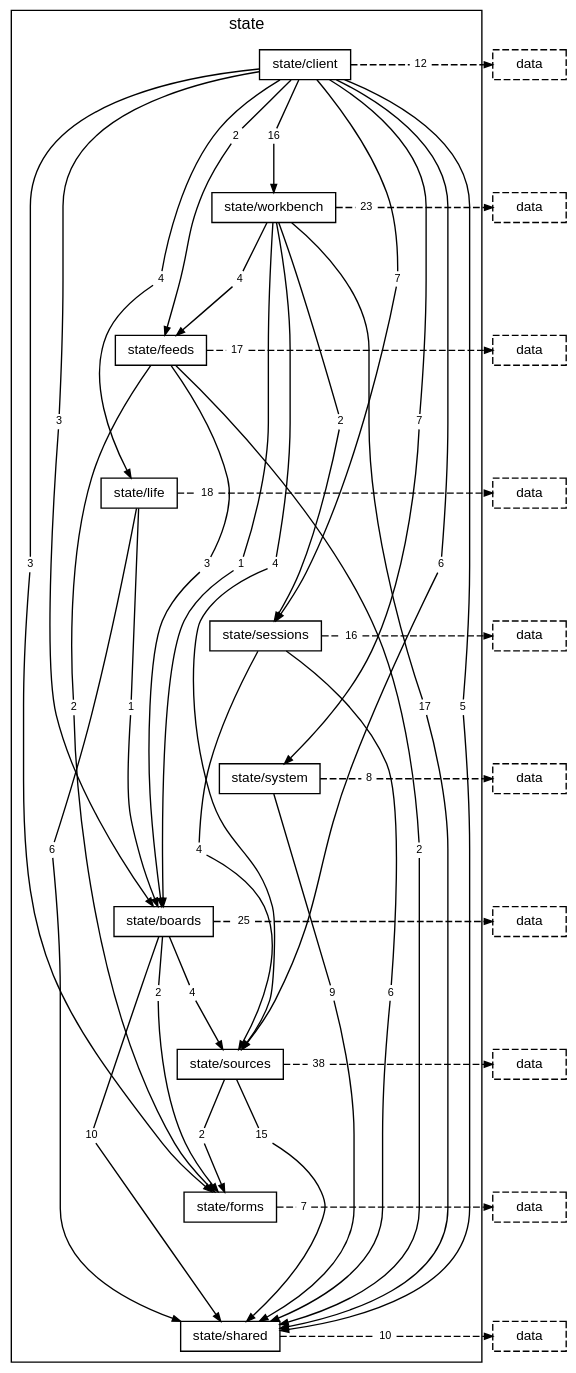
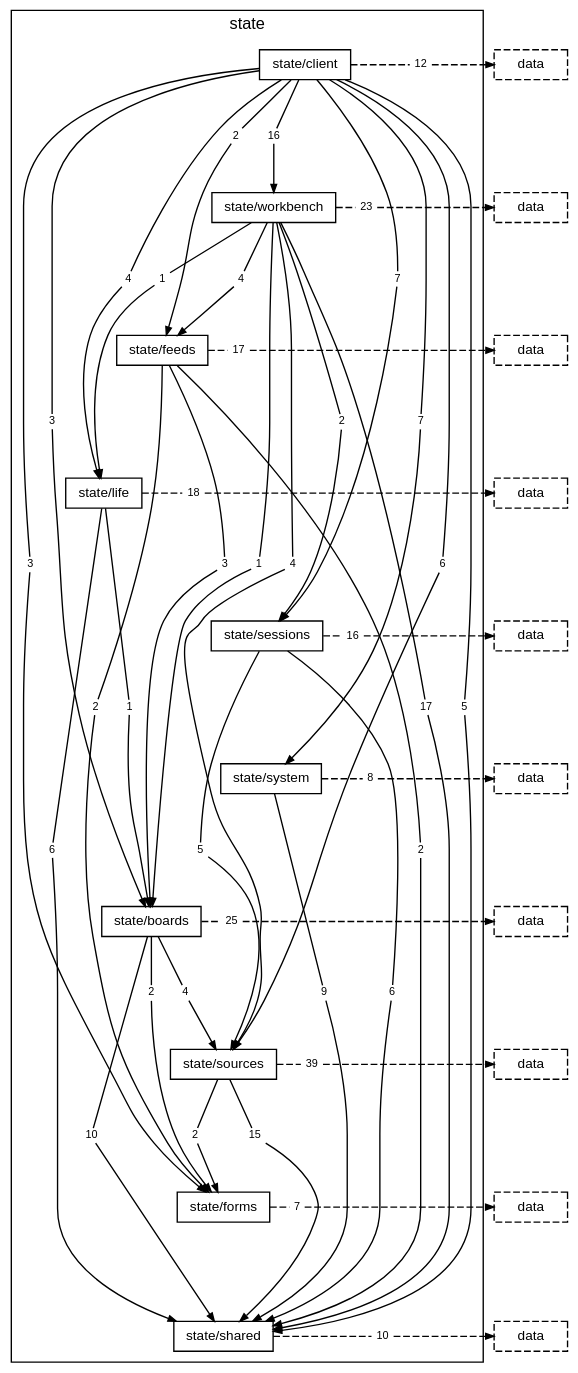
Before and after one commit to TheAxeC/oculus: the diagram in docs/diagrams/layer-state.dot, drawn with Graphviz. The commit also changed 182 other files, not shown here.

```diff
--- a/docs/diagrams/layer-state.dot
+++ b/docs/diagrams/layer-state.dot
@@ -26,6 +26,7 @@
         "folder state/client to layer data" [label="12", shape=box, color="transparent", fontsize=8, width=0, height=0, margin="0.04,0.02"];
         "folder state/workbench to folder state/boards" [label="1", shape=box, color="transparent", fontsize=8, width=0, height=0, margin="0.04,0.02"];
         "folder state/workbench to folder state/feeds" [label="4", shape=box, color="transparent", fontsize=8, width=0, height=0, margin="0.04,0.02"];
+        "folder state/workbench to folder state/life" [label="1", shape=box, color="transparent", fontsize=8, width=0, height=0, margin="0.04,0.02"];
         "folder state/workbench to folder state/sessions" [label="2", shape=box, color="transparent", fontsize=8, width=0, height=0, margin="0.04,0.02"];
         "folder state/workbench to folder state/shared" [label="17", shape=box, color="transparent", fontsize=8, width=0, height=0, margin="0.04,0.02"];
         "folder state/workbench to folder state/sources" [label="4", shape=box, color="transparent", fontsize=8, width=0, height=0, margin="0.04,0.02"];
@@ -38,7 +39,7 @@
         "folder state/life to folder state/shared" [label="6", shape=box, color="transparent", fontsize=8, width=0, height=0, margin="0.04,0.02"];
         "folder state/life to layer data" [label="18", shape=box, color="transparent", fontsize=8, width=0, height=0, margin="0.04,0.02"];
         "folder state/sessions to folder state/shared" [label="6", shape=box, color="transparent", fontsize=8, width=0, height=0, margin="0.04,0.02"];
-        "folder state/sessions to folder state/sources" [label="4", shape=box, color="transparent", fontsize=8, width=0, height=0, margin="0.04,0.02"];
+        "folder state/sessions to folder state/sources" [label="5", shape=box, color="transparent", fontsize=8, width=0, height=0, margin="0.04,0.02"];
         "folder state/sessions to layer data" [label="16", shape=box, color="transparent", fontsize=8, width=0, height=0, margin="0.04,0.02"];
         "folder state/system to folder state/shared" [label="9", shape=box, color="transparent", fontsize=8, width=0, height=0, margin="0.04,0.02"];
         "folder state/system to layer data" [label="8", shape=box, color="transparent", fontsize=8, width=0, height=0, margin="0.04,0.02"];
@@ -48,7 +49,7 @@
         "folder state/boards to layer data" [label="25", shape=box, color="transparent", fontsize=8, width=0, height=0, margin="0.04,0.02"];
         "folder state/sources to folder state/forms" [label="2", shape=box, color="transparent", fontsize=8, width=0, height=0, margin="0.04,0.02"];
         "folder state/sources to folder state/shared" [label="15", shape=box, color="transparent", fontsize=8, width=0, height=0, margin="0.04,0.02"];
-        "folder state/sources to layer data" [label="38", shape=box, color="transparent", fontsize=8, width=0, height=0, margin="0.04,0.02"];
+        "folder state/sources to layer data" [label="39", shape=box, color="transparent", fontsize=8, width=0, height=0, margin="0.04,0.02"];
         "folder state/forms to layer data" [label="7", shape=box, color="transparent", fontsize=8, width=0, height=0, margin="0.04,0.02"];
         "folder state/shared to layer data" [label="10", shape=box, color="transparent", fontsize=8, width=0, height=0, margin="0.04,0.02"];
     }
@@ -96,6 +97,8 @@
     "folder state/workbench to folder state/boards" -> "folder state/boards" [];
     "folder state/workbench" -> "folder state/workbench to folder state/feeds" [arrowhead=none, minlen=1, weight=10];
     "folder state/workbench to folder state/feeds" -> "folder state/feeds" [];
+    "folder state/workbench" -> "folder state/workbench to folder state/life" [arrowhead=none, minlen=1, weight=10];
+    "folder state/workbench to folder state/life" -> "folder state/life" [];
     "folder state/workbench" -> "folder state/workbench to folder state/sessions" [arrowhead=none, minlen=3, weight=10];
     "folder state/workbench to folder state/sessions" -> "folder state/sessions" [];
     "folder state/workbench" -> "folder state/workbench to folder state/shared" [arrowhead=none, minlen=7, weight=10];
```
